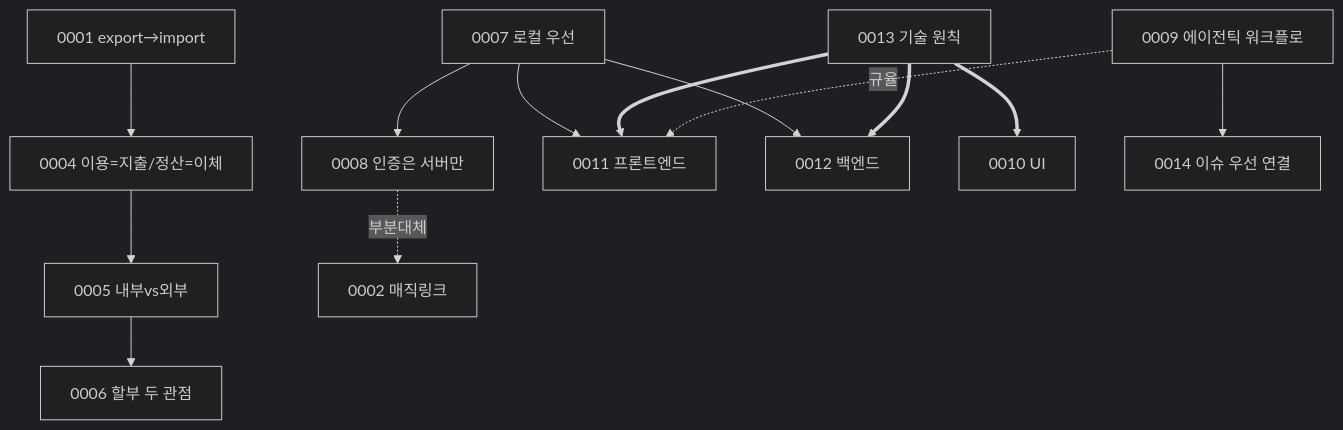
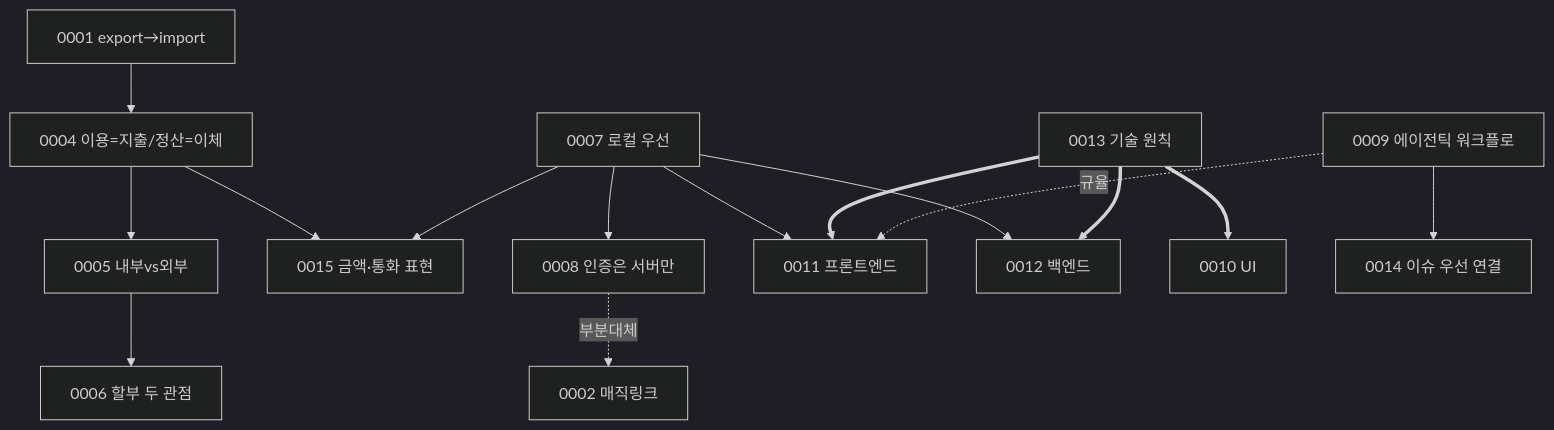
The diagram in docs/decisions/README.md (htcmw/kakebo), drawn with Mermaid (dark theme) before and after one commit. The commit also changed other lines of this file and 3 other files, not shown here.

````diff
--- a/docs/decisions/README.md
+++ b/docs/decisions/README.md
@@ -19,14 +19,16 @@
 ```mermaid
 graph TD
   A1[0001 export→import] --> F4[0004 이용=지출/정산=이체]
   F4 --> F5[0005 내부vs외부] --> F6[0006 할부 두 관점]
+  F4 --> F15[0015 금액·통화 표현]
   R7[0007 로컬 우선] --> R8[0008 인증은 서버만]
+  R7 --> F15
   R7 --> T11[0011 프론트엔드]
   R7 --> T12[0012 백엔드]
   R8 -. 부분대체 .-> R2[0002 매직링크]
   T13[0013 기술 원칙] ==> T10[0010 UI]
   T13 ==> T11
   T13 ==> T12
   M9[0009 에이전틱 워크플로] -. 규율 .-> T11
   M9 --> M14[0014 이슈 우선 연결]
 ```
````
